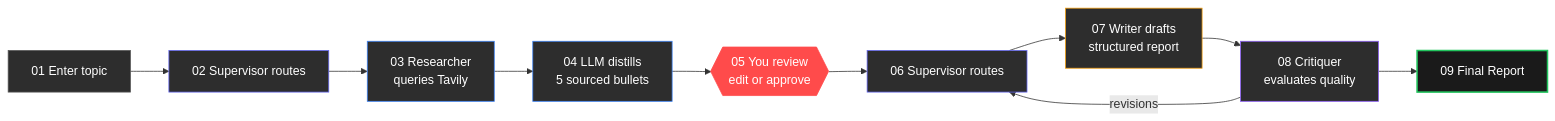
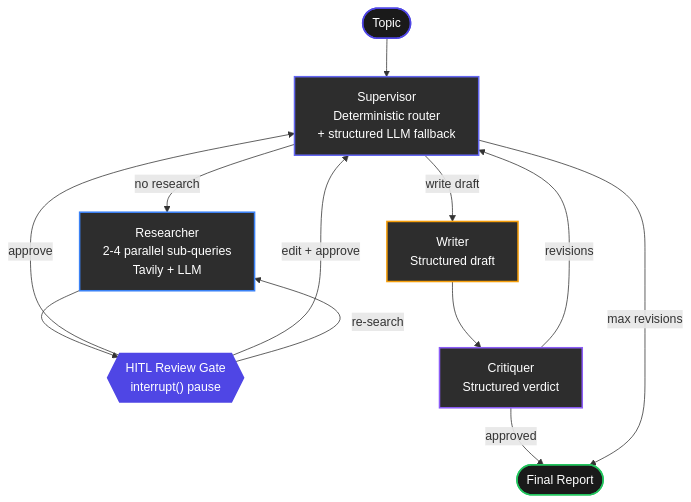
The second of 2 diagrams in README.md (virtualvasu/polyagentic-research-assistant), drawn with Mermaid before and after one commit. The commit also changed other lines of this file and 16 other files, not shown here.

````diff
--- a/README.md
+++ b/README.md
@@ -88,24 +92,35 @@
 ```mermaid
-flowchart LR
-    S1["01  Enter topic"] --> S2
-    S2["02  Supervisor routes"] --> S3
-    S3["03  Researcher\nqueries Tavily"] --> S4
-    S4["04  LLM distills\n5 sourced bullets"] --> S5
-    S5{{"05  You review\nedit or approve"}} --> S6
-    S6["06  Supervisor routes"] --> S7
-    S7["07  Writer drafts\nstructured report"] --> S8
-    S8["08  Critiquer\nevaluates quality"] --> S9
-    S9["09  Final Report"]
+flowchart TD
+    START(["Topic"]) --> SV
+    SV["Supervisor\nDeterministic router\n+ structured LLM fallback"]
 
-    S8 -->|"revisions"| S6
+    SV -->|no research| RS
+    RS["Researcher\n2-4 parallel sub-queries\nTavily + LLM"]
 
-    style S5 fill:#ff4b4b,color:#fff,stroke:#ff4b4b
-    style S9 fill:#1a1a1a,color:#fff,stroke:#22c55e,stroke-width:2px
-    style S1 fill:#2d2d2d,color:#fff,stroke:#555
-    style S2 fill:#2d2d2d,color:#fff,stroke:#6366f1
-    style S3 fill:#2d2d2d,color:#fff,stroke:#3b82f6
-    style S4 fill:#2d2d2d,color:#fff,stroke:#3b82f6
-    style S6 fill:#2d2d2d,color:#fff,stroke:#6366f1
-    style S7 fill:#2d2d2d,color:#fff,stroke:#f59e0b
-    style S8 fill:#2d2d2d,color:#fff,stroke:#8b5cf6
+    RS --> HR
+    HR{{"HITL Review Gate\ninterrupt() pause"}}
+
+    HR -->|approve| SV
+    HR -->|edit + approve| SV
+    HR -->|re-search| RS
+
+    SV -->|write draft| WR
+    WR["Writer\nStructured draft"]
+
+    WR --> CR
+    CR["Critiquer\nStructured verdict"]
+
+    CR -->|approved| END
+    CR -->|revisions| SV
+    SV -->|max revisions| END
+
+    END(["Final Report"])
+
+    style START fill:#1a1a1a,color:#fff,stroke:#4f46e5,stroke-width:2px
+    style END   fill:#1a1a1a,color:#fff,stroke:#22c55e,stroke-width:2px
+    style HR    fill:#4f46e5,color:#fff,stroke:#4f46e5,stroke-width:2px
+    style SV    fill:#2d2d2d,color:#fff,stroke:#6366f1,stroke-width:2px
+    style RS    fill:#2d2d2d,color:#fff,stroke:#3b82f6,stroke-width:2px
+    style WR    fill:#2d2d2d,color:#fff,stroke:#f59e0b,stroke-width:2px
+    style CR    fill:#2d2d2d,color:#fff,stroke:#8b5cf6,stroke-width:2px
 ```
````
